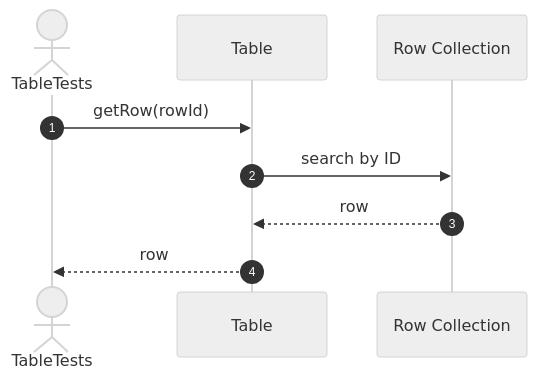
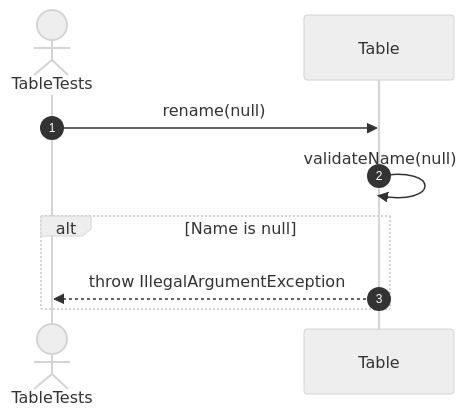
Before and after one commit to FhuAnn/-bbv-AN-s-DBMS: diagram 11 of 53 in src/tests/unit/metadata/sequences/tables-testing.se.md, drawn with Mermaid (neutral theme). The commit also changed other lines of this file and 7 other files, not shown here.

Commit message:
table and row run test successfully

````diff
--- a/src/tests/unit/metadata/sequences/tables-testing.se.md
+++ b/src/tests/unit/metadata/sequences/tables-testing.se.md
@@ -198,12 +184,12 @@
 ```mermaid
 sequenceDiagram
     autonumber
     actor Test as TableTests
     participant Table as Table
-    participant Rows as Row Collection
 
-    Test->>Table: getRow(rowId)
-    Table->>Rows: search by ID
-    Rows-->>Table: row
-    Table-->>Test: row
+    Test->>Table: rename(null)
+    Table->>Table: validateName(null)
+    alt Name is null
+    Table-->>Test: throw IllegalArgumentException
+    end
 ```
````
